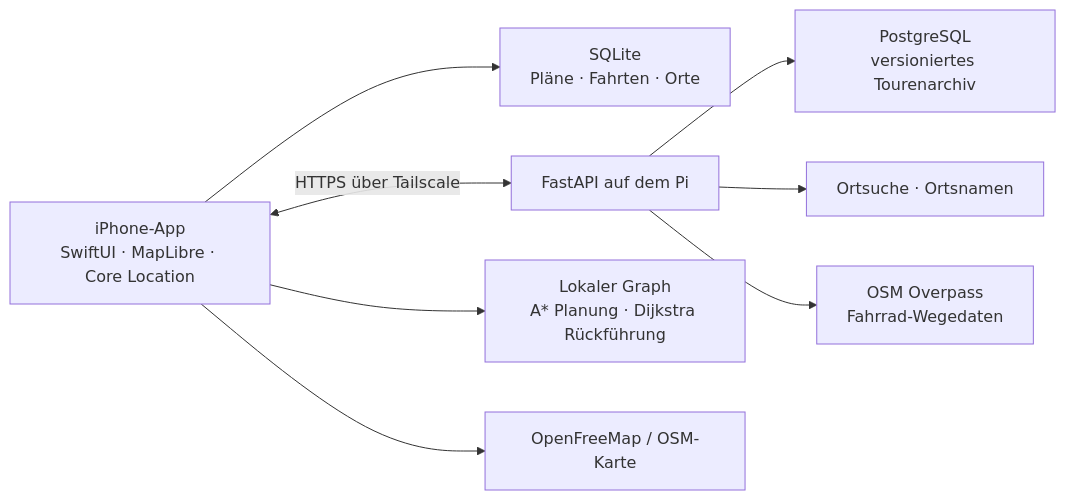
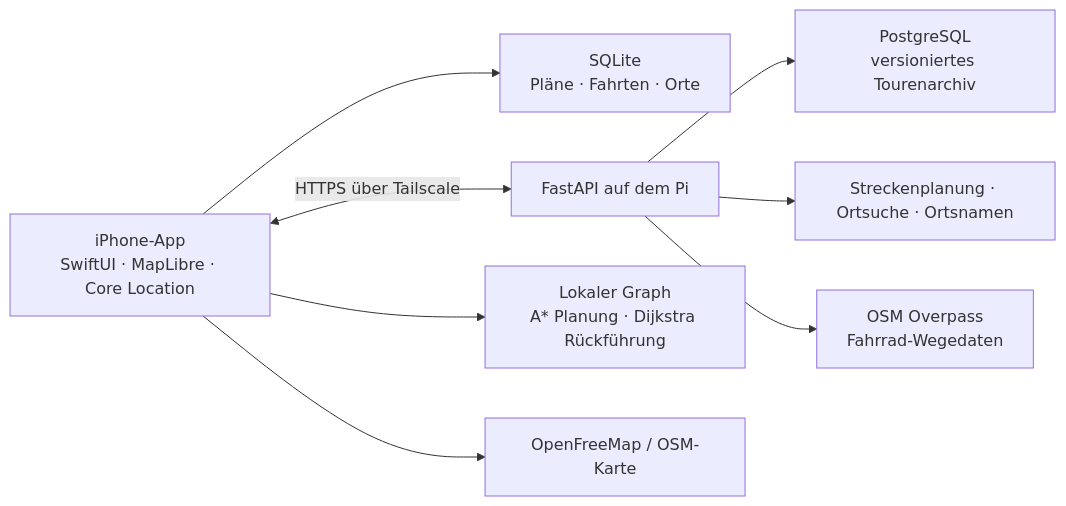
One commit to MichaelHein65/BikeNavi changed the diagram in docs/ARCHITEKTUR.md. Above: the diagram before and after it, drawn with Mermaid. The commit also changed other lines of this file and 89 other files, not shown here.

````diff
--- a/docs/ARCHITEKTUR.md
+++ b/docs/ARCHITEKTUR.md
@@ -5,10 +11,10 @@
 ```mermaid
 flowchart LR
     PHONE[iPhone-App\nSwiftUI · MapLibre · Core Location] --> LOCAL[SQLite\nPläne · Fahrten · Orte]
     PHONE <-->|HTTPS über Tailscale| API[FastAPI auf dem Pi]
     API --> ARCHIVE[PostgreSQL\nversioniertes Tourenarchiv]
-    API --> ORS[Ortsuche · Ortsnamen]
+    API --> ORS[Streckenplanung · Ortsuche · Ortsnamen]
     PHONE --> ROUTER[Lokaler Graph\nA* Planung · Dijkstra Rückführung]
     API --> OSM[OSM Overpass\nFahrrad-Wegedaten]
     PHONE --> MAP[OpenFreeMap / OSM-Karte]
 ```
````
